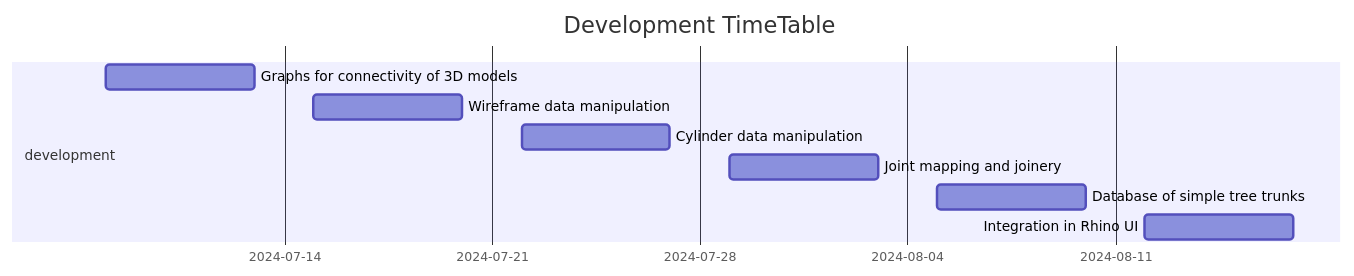
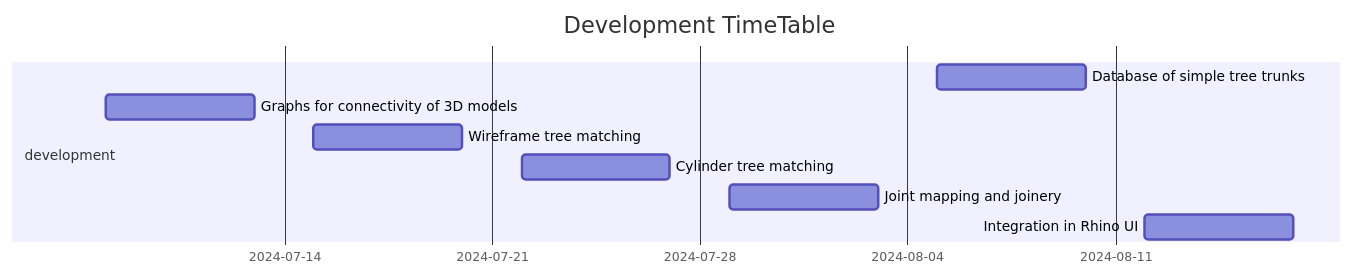
The diagram in README.md (ibois-epfl/Carnutes), drawn with Mermaid before and after one commit.

Commit message:
UPDATE-FIX: planning and function description in README

````diff
--- a/README.md
+++ b/README.md
@@ -64,12 +64,12 @@
 ```mermaid
 gantt
     title Development TimeTable
     dateFormat  YYYY-MM-DD
     section development
+    Database of simple tree trunks      : 2024-08-05, 5d
     Graphs for connectivity of 3D models: 2024-07-08, 5d
-    Wireframe data manipulation         : 2024-07-15, 5d
-    Cylinder data manipulation          : 2024-07-22, 5d
+    Wireframe tree matching             : 2024-07-15, 5d
+    Cylinder tree matching              : 2024-07-22, 5d
     Joint mapping and joinery           : 2024-07-29, 5d
-    Database of simple tree trunks      : 2024-08-05, 5d
     Integration in Rhino UI             : 2024-08-12, 5d
 ```
````
